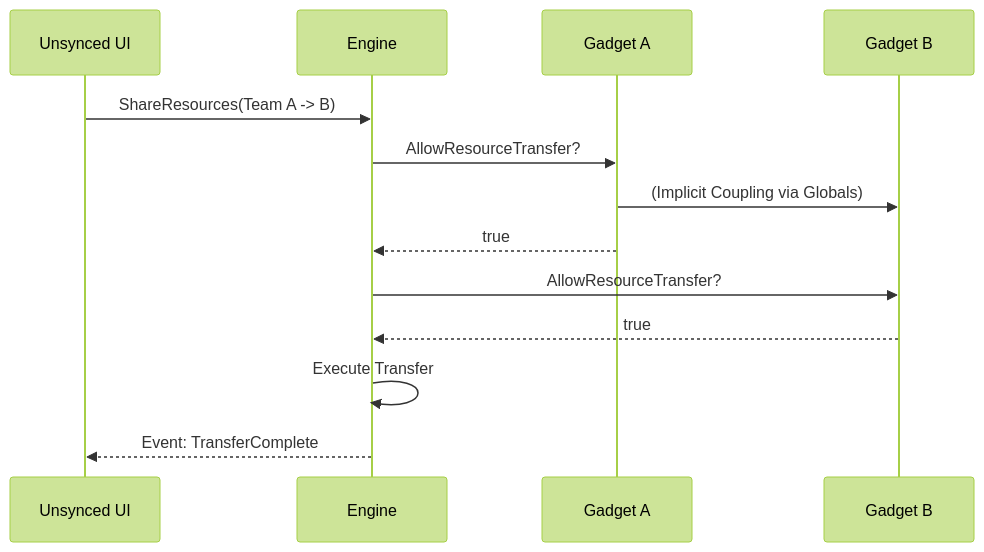
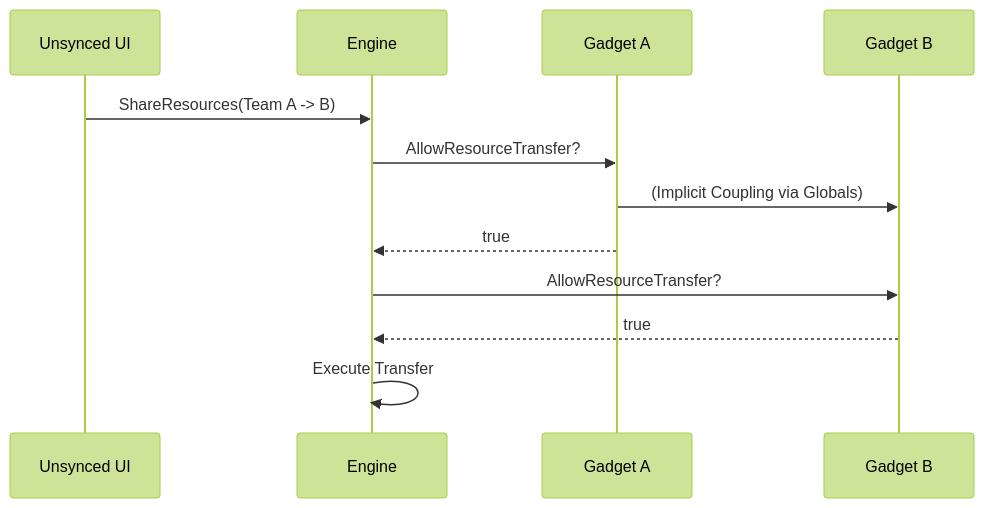
One commit to keithharvey/bar-design-docs changed the second of 6 diagrams in game_economy/explain_policies.md. Above: the diagram before and after it, drawn with Mermaid (forest theme). The commit also changed other lines of this file, not shown here.

Commit message:
fix hallucinations for TransferComplete, clarify Sprung optionality'

````diff
--- a/game_economy/explain_policies.md
+++ b/game_economy/explain_policies.md
@@ -70,16 +70,15 @@
 ```mermaid
 sequenceDiagram
     participant UI as Unsynced UI
     participant Eng as Engine
     participant G1 as Gadget A
     participant G2 as Gadget B
 
     UI->>Eng: ShareResources(Team A -> B)
     Eng->>G1: AllowResourceTransfer?
     G1->>G2: (Implicit Coupling via Globals)
     G1-->>Eng: true
     Eng->>G2: AllowResourceTransfer?
     G2-->>Eng: true
     Eng->>Eng: Execute Transfer
-    Eng-->>UI: Event: TransferComplete
 ```
````
